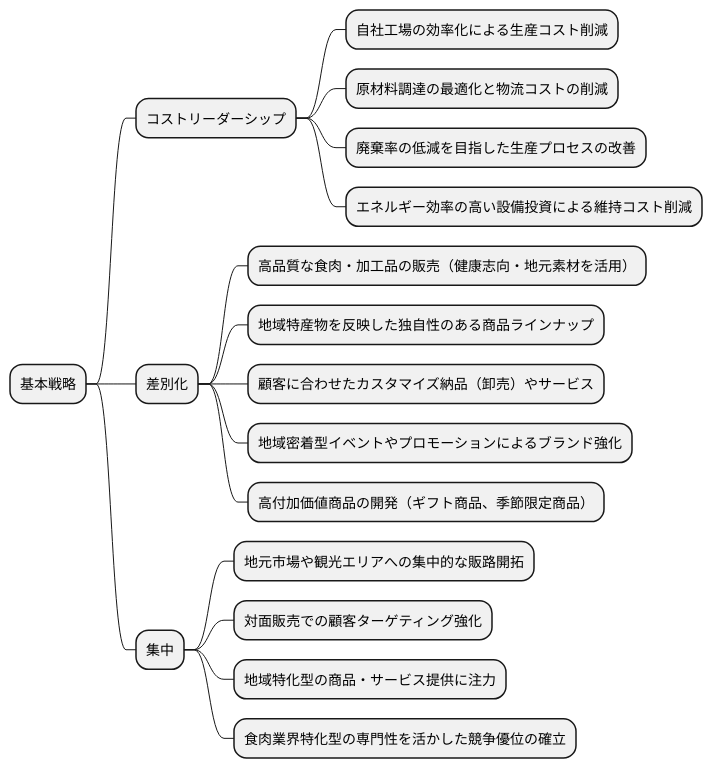
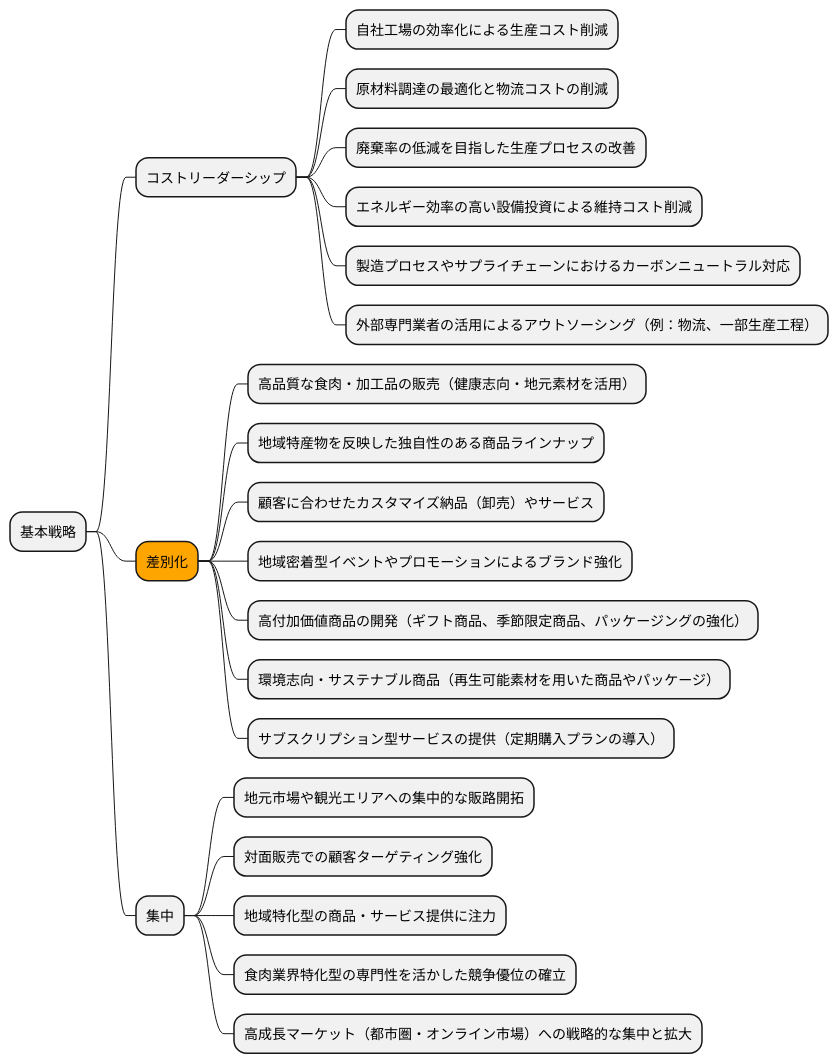
Before and after one commit to k2works/case-study-business-analysis: the eighth of 19 diagrams in docs/case/r04_case_2.adoc, drawn with PlantUML. The commit also changed other lines of this file, not shown here.

```diff
--- a/docs/case/r04_case_2.adoc
+++ b/docs/case/r04_case_2.adoc
@@ -354,24 +384,29 @@
 [plantuml]
 ----
 @startmindmap
 
 * 基本戦略
 ** コストリーダーシップ
 *** 自社工場の効率化による生産コスト削減
 *** 原材料調達の最適化と物流コストの削減
 *** 廃棄率の低減を目指した生産プロセスの改善
 *** エネルギー効率の高い設備投資による維持コスト削減
-** 差別化
+*** 製造プロセスやサプライチェーンにおけるカーボンニュートラル対応
+*** 外部専門業者の活用によるアウトソーシング（例：物流、一部生産工程）
+**[#orange] 差別化
 *** 高品質な食肉・加工品の販売（健康志向・地元素材を活用）
 *** 地域特産物を反映した独自性のある商品ラインナップ
 *** 顧客に合わせたカスタマイズ納品（卸売）やサービス
 *** 地域密着型イベントやプロモーションによるブランド強化
-*** 高付加価値商品の開発（ギフト商品、季節限定商品）
+*** 高付加価値商品の開発（ギフト商品、季節限定商品、パッケージングの強化）
+*** 環境志向・サステナブル商品（再生可能素材を用いた商品やパッケージ）
+*** サブスクリプション型サービスの提供（定期購入プランの導入）
 ** 集中
 *** 地元市場や観光エリアへの集中的な販路開拓
 *** 対面販売での顧客ターゲティング強化
 *** 地域特化型の商品・サービス提供に注力
 *** 食肉業界特化型の専門性を活かした競争優位の確立
+*** 高成長マーケット（都市圏・オンライン市場）への戦略的な集中と拡大
 
 @endmindmap
 ----
```
